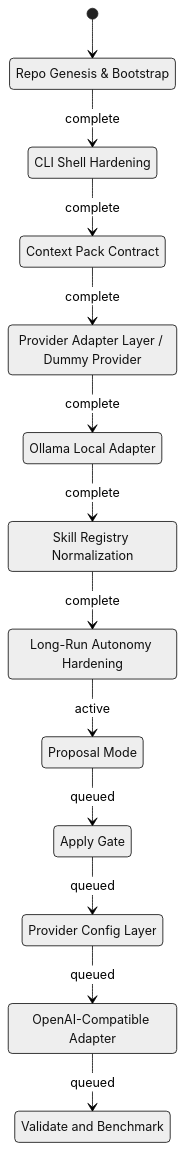
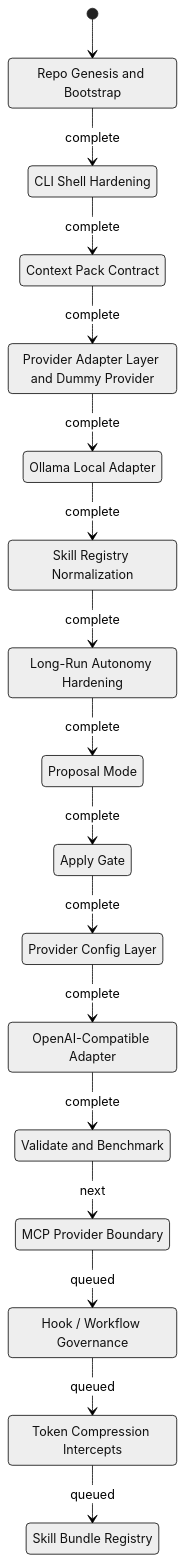
The third of 11 diagrams in README.md (ProfRandom92/comptext-cli), drawn with Mermaid (neutral theme) before and after one commit. The commit also changed other lines of this file, not shown here.

Commit message:
Update README to Phase 9 status

````diff
--- a/README.md
+++ b/README.md
@@ -184,28 +122,36 @@
 ```mermaid
 stateDiagram-v2
     [*] --> Phase0
-    Phase0: Repo Genesis & Bootstrap
+    Phase0: Repo Genesis and Bootstrap
     Phase1: CLI Shell Hardening
     Phase2: Context Pack Contract
-    Phase3: Provider Adapter Layer / Dummy Provider
+    Phase3: Provider Adapter Layer and Dummy Provider
     Phase4: Ollama Local Adapter
     Phase4B: Skill Registry Normalization
     Phase4C: Long-Run Autonomy Hardening
     Phase5: Proposal Mode
     Phase6: Apply Gate
     Phase7: Provider Config Layer
     Phase8: OpenAI-Compatible Adapter
     Phase9: Validate and Benchmark
+    Phase10: MCP Provider Boundary
+    Phase11: Hook / Workflow Governance
+    Phase12: Token Compression Intercepts
+    Phase13: Skill Bundle Registry
 
     Phase0 --> Phase1: complete
     Phase1 --> Phase2: complete
     Phase2 --> Phase3: complete
     Phase3 --> Phase4: complete
     Phase4 --> Phase4B: complete
     Phase4B --> Phase4C: complete
-    Phase4C --> Phase5: active
-    Phase5 --> Phase6: queued
-    Phase6 --> Phase7: queued
-    Phase7 --> Phase8: queued
-    Phase8 --> Phase9: queued
+    Phase4C --> Phase5: complete
+    Phase5 --> Phase6: complete
+    Phase6 --> Phase7: complete
+    Phase7 --> Phase8: complete
+    Phase8 --> Phase9: complete
+    Phase9 --> Phase10: next
+    Phase10 --> Phase11: queued
+    Phase11 --> Phase12: queued
+    Phase12 --> Phase13: queued
 ```
````
